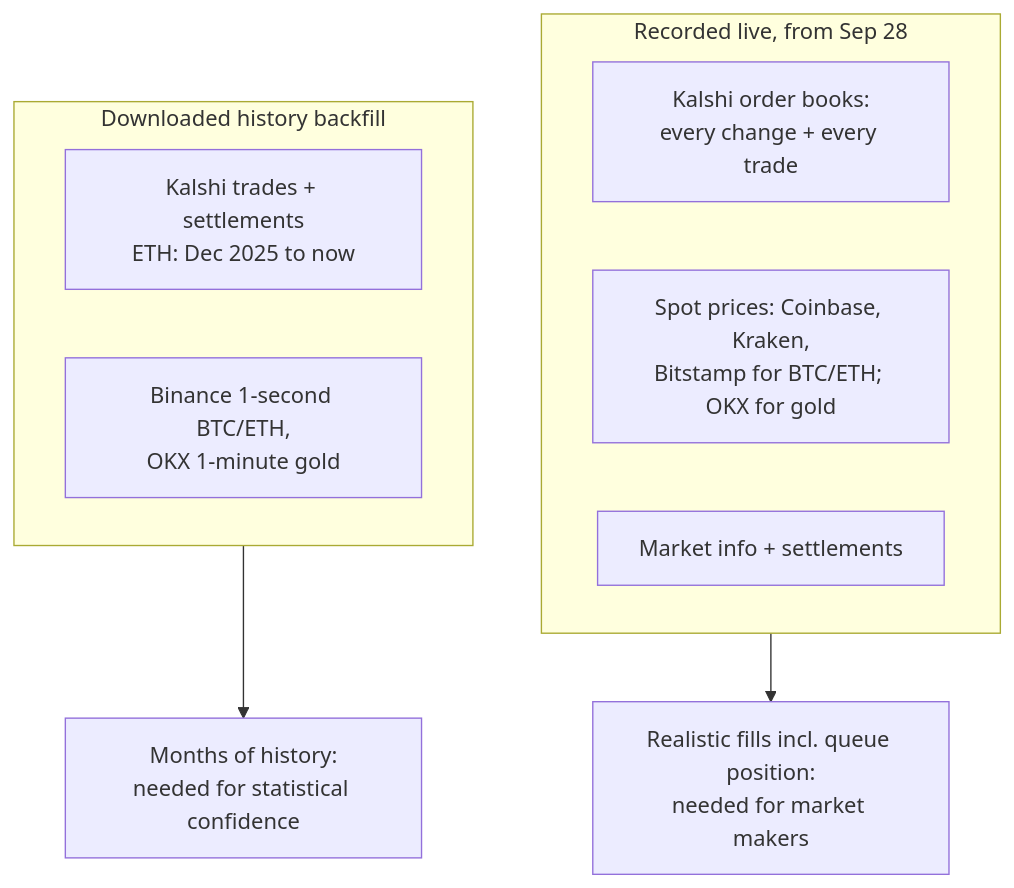
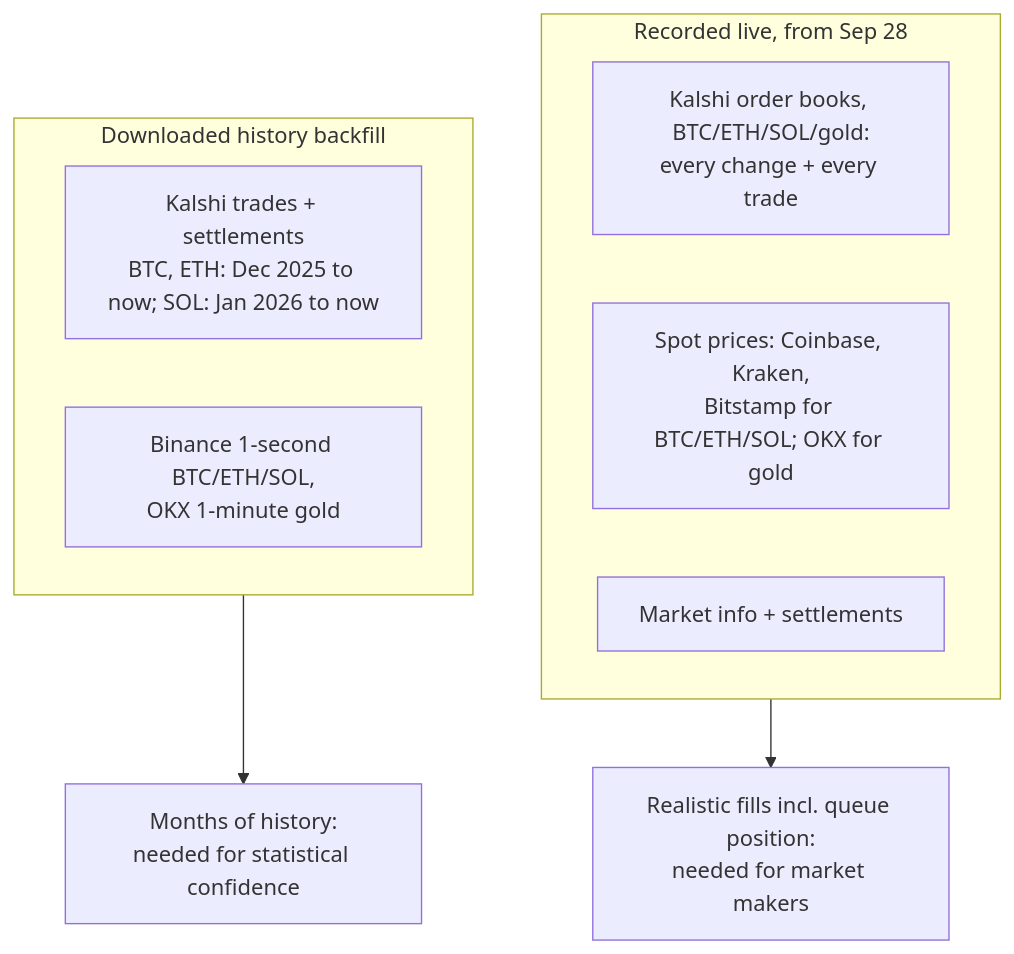
The second of 5 diagrams in SYSTEM.md (RishabKalluri/kalshi-lab), drawn with Mermaid before and after one commit. The commit also changed other lines of this file and 1 other file, not shown here.

Commit message:
Add SOL 15-minute markets (recording + history)
SOL settles like ETH (60s average of CF Benchmarks SOLUSDRTI, zero maker fees)
at about a third of ETH's volume, so it is the next candidate for edges the
more efficient markets don't have. Recorder now reads its market list from the
MARKETS config table (server unit no longer hard-codes series).

````diff
--- a/SYSTEM.md
+++ b/SYSTEM.md
@@ -63,14 +63,14 @@
 ```mermaid
 flowchart TB
     subgraph LIVE[Recorded live, from Sep 28]
-        B[Kalshi order books:<br/>every change + every trade]
-        S[Spot prices: Coinbase, Kraken,<br/>Bitstamp for BTC/ETH; OKX for gold]
+        B[Kalshi order books, BTC/ETH/SOL/gold:<br/>every change + every trade]
+        S[Spot prices: Coinbase, Kraken,<br/>Bitstamp for BTC/ETH/SOL; OKX for gold]
         M[Market info + settlements]
     end
     subgraph PAST[Downloaded history backfill]
-        T[Kalshi trades + settlements<br/>ETH: Dec 2025 to now]
-        P[Binance 1-second BTC/ETH,<br/>OKX 1-minute gold]
+        T[Kalshi trades + settlements<br/>BTC, ETH: Dec 2025 to now; SOL: Jan 2026 to now]
+        P[Binance 1-second BTC/ETH/SOL,<br/>OKX 1-minute gold]
     end
     LIVE --> R1[Realistic fills incl. queue position:<br/>needed for market makers]
     PAST --> R2[Months of history:<br/>needed for statistical confidence]
 ```
````
